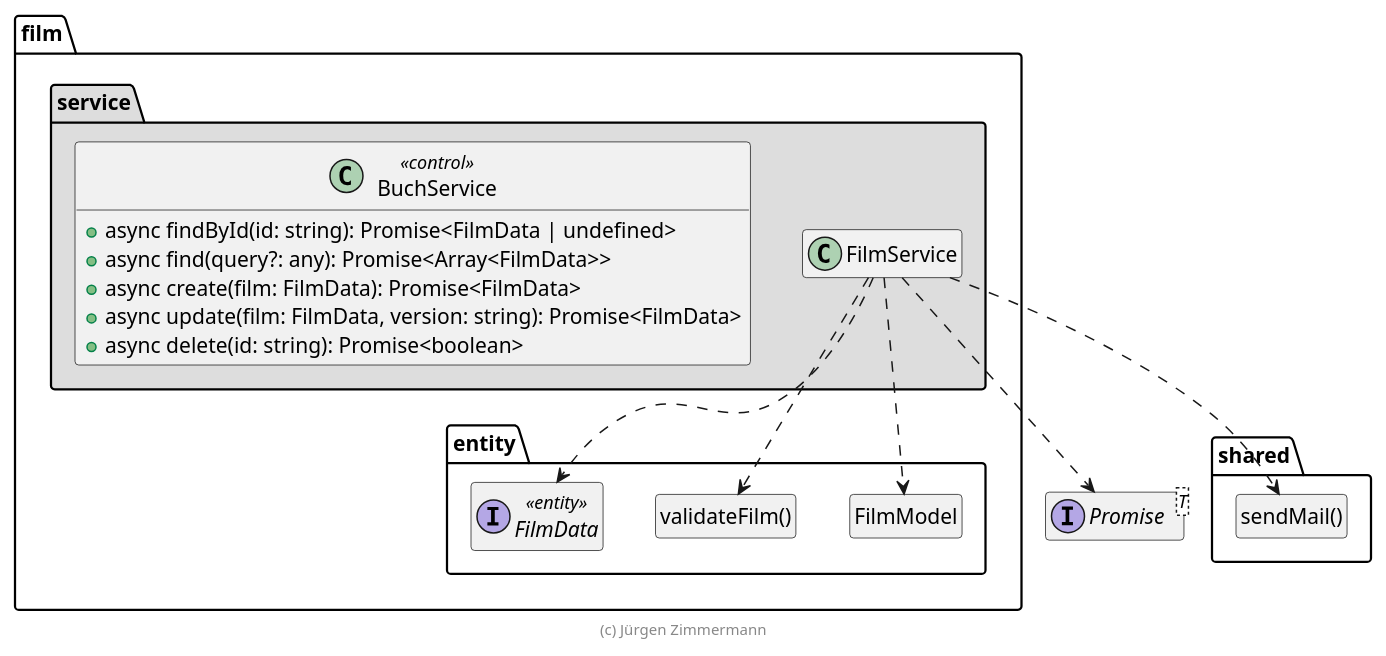
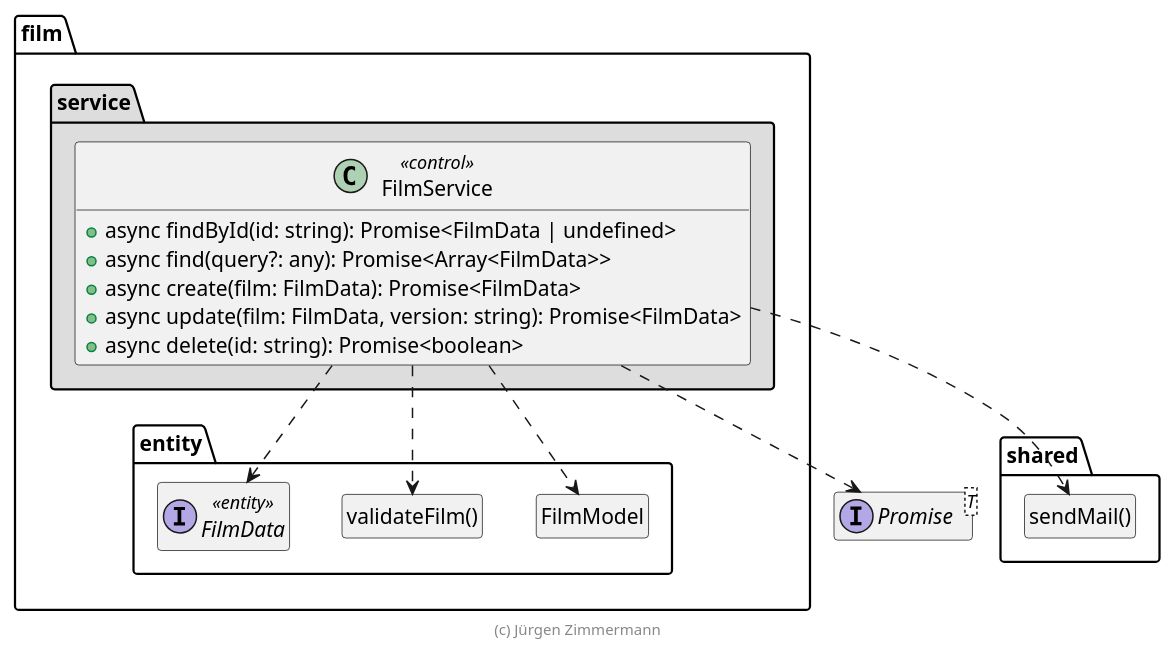
One commit to jangrunicke/express_movies changed the diagram in doc/FilmService.puml. Above: the diagram before and after it, drawn with PlantUML. The commit also changed 2 other files, not shown here.

```diff
--- a/doc/FilmService.puml
+++ b/doc/FilmService.puml
@@ -1,46 +1,46 @@
 @startuml Anwendungskern
 
 !pragma useNewPackage
 skinparam class AttributeIconSize 0
 skinparam componentStyle uml12
 
 interface Promise<T>
 
 package shared {
   class "sendMail()" as sendMail
   hide sendMail circle
 }
 
 package film {
   package entity {
     class FilmModel
     hide FilmModel circle
 
     class "validateFilm()" as validateFilm
     hide validateFilm circle
 
     interface FilmData <<entity>>
   }
 
   package service #DDDDDD {
     FilmService ..> Promise
     FilmService ..> FilmModel
     FilmService ..> FilmData
     FilmService ..> validateFilm
     FilmService ..> sendMail
     
-    class BuchService << control >> {
+    class FilmService << control >> {
       + async findById(id: string): Promise<FilmData | undefined>
       + async find(query?: any): Promise<Array<FilmData>>
       + async create(film: FilmData): Promise<FilmData>
       + async update(film: FilmData, version: string): Promise<FilmData>
       + async delete(id: string): Promise<boolean>
     }
   }
 }
 
 hide empty members
 
 footer (c) Jürgen Zimmermann
 
 @enduml
```
